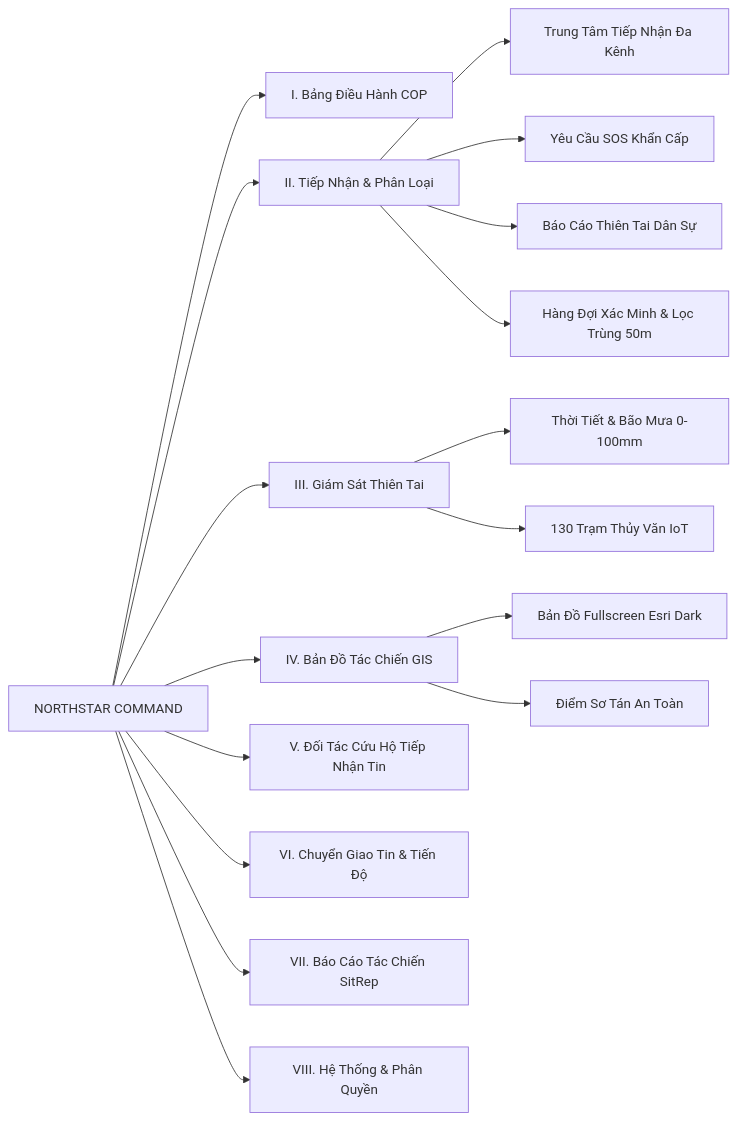
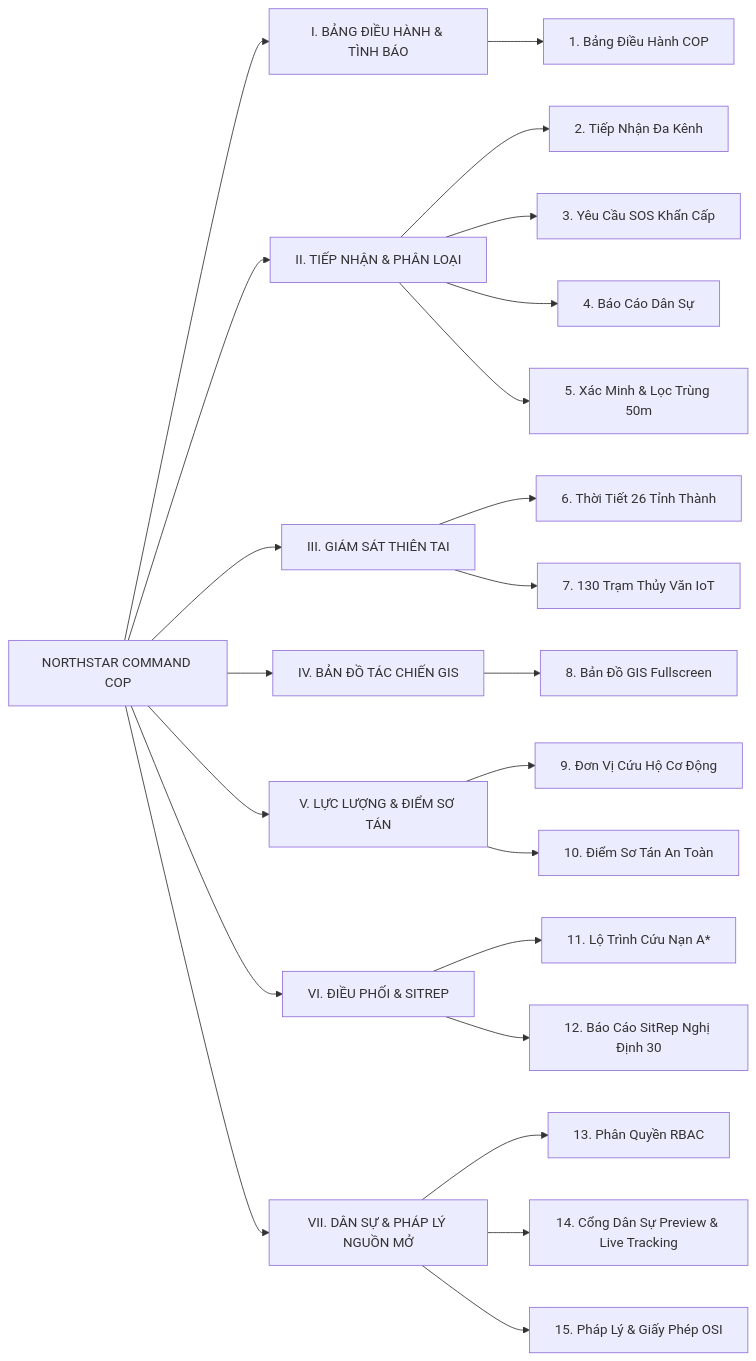
Before and after one commit to GrassTouchers1/GrassTouchers-Frontend: the second of 2 diagrams in README.md, drawn with Mermaid. The commit also changed other lines of this file, not shown here.

Commit message:
docs: rewrite README with 5 strategic features, COP architecture and OLP PMNM compliance

````diff
--- a/README.md
+++ b/README.md
@@ -42,22 +120,26 @@
 ```mermaid
 flowchart LR
-    A[NORTHSTAR COMMAND] --> B[I. Bảng Điều Hành COP]
-    A --> C[II. Tiếp Nhận & Phân Loại]
-    A --> D[III. Giám Sát Thiên Tai]
-    A --> E[IV. Bản Đồ Tác Chiến GIS]
-    A --> F[V. Đối Tác Cứu Hộ Tiếp Nhận Tin]
-    A --> G[VI. Chuyển Giao Tin & Tiến Độ]
-    A --> H[VII. Báo Cáo Tác Chiến SitRep]
-    A --> I[VIII. Hệ Thống & Phân Quyền]
+    COP[NORTHSTAR COMMAND COP] --> G1[I. BẢNG ĐIỀU HÀNH & TÌNH BÁO]
+    COP --> G2[II. TIẾP NHẬN & PHÂN LOẠI]
+    COP --> G3[III. GIÁM SÁT THIÊN TAI]
+    COP --> G4[IV. BẢN ĐỒ TÁC CHIẾN GIS]
+    COP --> G5[V. LỰC LƯỢNG & ĐIỂM SƠ TÁN]
+    COP --> G6[VI. ĐIỀU PHỐI & SITREP]
+    COP --> G7[VII. DÂN SỰ & PHÁP LÝ NGUỒN MỞ]
 
-    C --> C1[Trung Tâm Tiếp Nhận Đa Kênh]
-    C --> C2[Yêu Cầu SOS Khẩn Cấp]
-    C --> C3[Báo Cáo Thiên Tai Dân Sự]
-    C --> C4[Hàng Đợi Xác Minh & Lọc Trùng 50m]
-
-    D --> D1[Thời Tiết & Bão Mưa 0-100mm]
-    D --> D2[130 Trạm Thủy Văn IoT]
-
-    E --> E1[Bản Đồ Fullscreen Esri Dark]
-    E --> E2[Điểm Sơ Tán An Toàn]
+    G1 --> P1[1. Bảng Điều Hành COP]
+    G2 --> P2[2. Tiếp Nhận Đa Kênh]
+    G2 --> P3[3. Yêu Cầu SOS Khẩn Cấp]
+    G2 --> P4[4. Báo Cáo Dân Sự]
+    G2 --> P5[5. Xác Minh & Lọc Trùng 50m]
+    G3 --> P6[6. Thời Tiết 26 Tỉnh Thành]
+    G3 --> P7[7. 130 Trạm Thủy Văn IoT]
+    G4 --> P8[8. Bản Đồ GIS Fullscreen]
+    G5 --> P9[9. Đơn Vị Cứu Hộ Cơ Động]
+    G5 --> P10[10. Điểm Sơ Tán An Toàn]
+    G6 --> P11[11. Lộ Trình Cứu Nạn A*]
+    G6 --> P12[12. Báo Cáo SitRep Nghị Định 30]
+    G7 --> P13[13. Phân Quyền RBAC]
+    G7 --> P14[14. Cổng Dân Sự Preview & Live Tracking]
+    G7 --> P15[15. Pháp Lý & Giấy Phép OSI]
 ```
````
